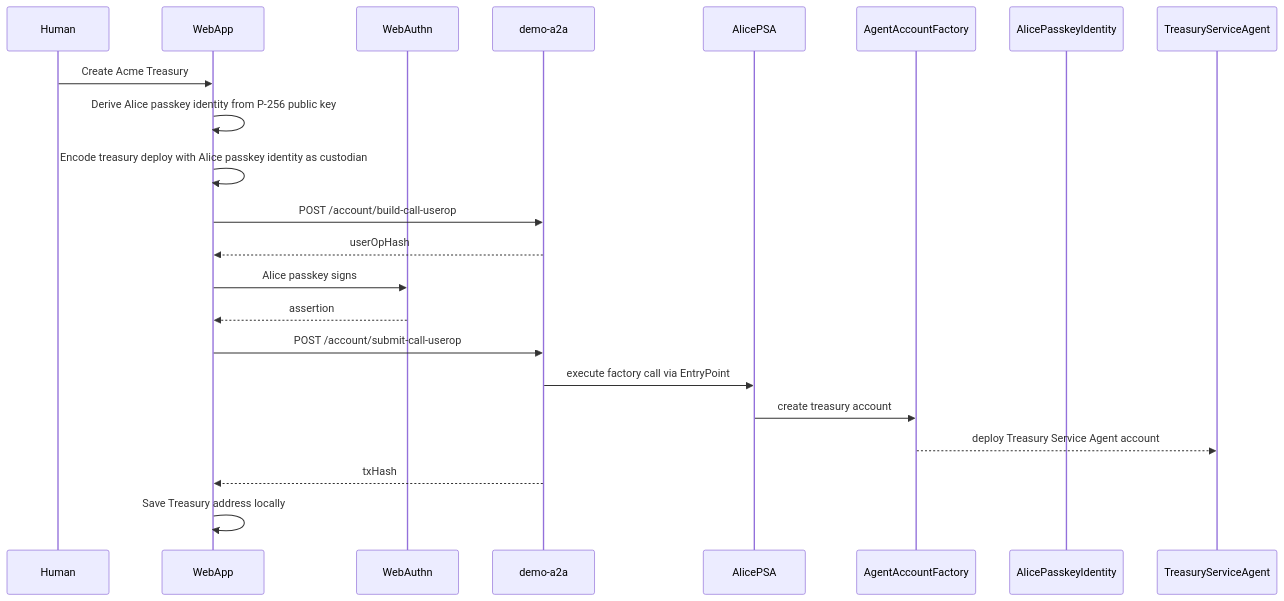
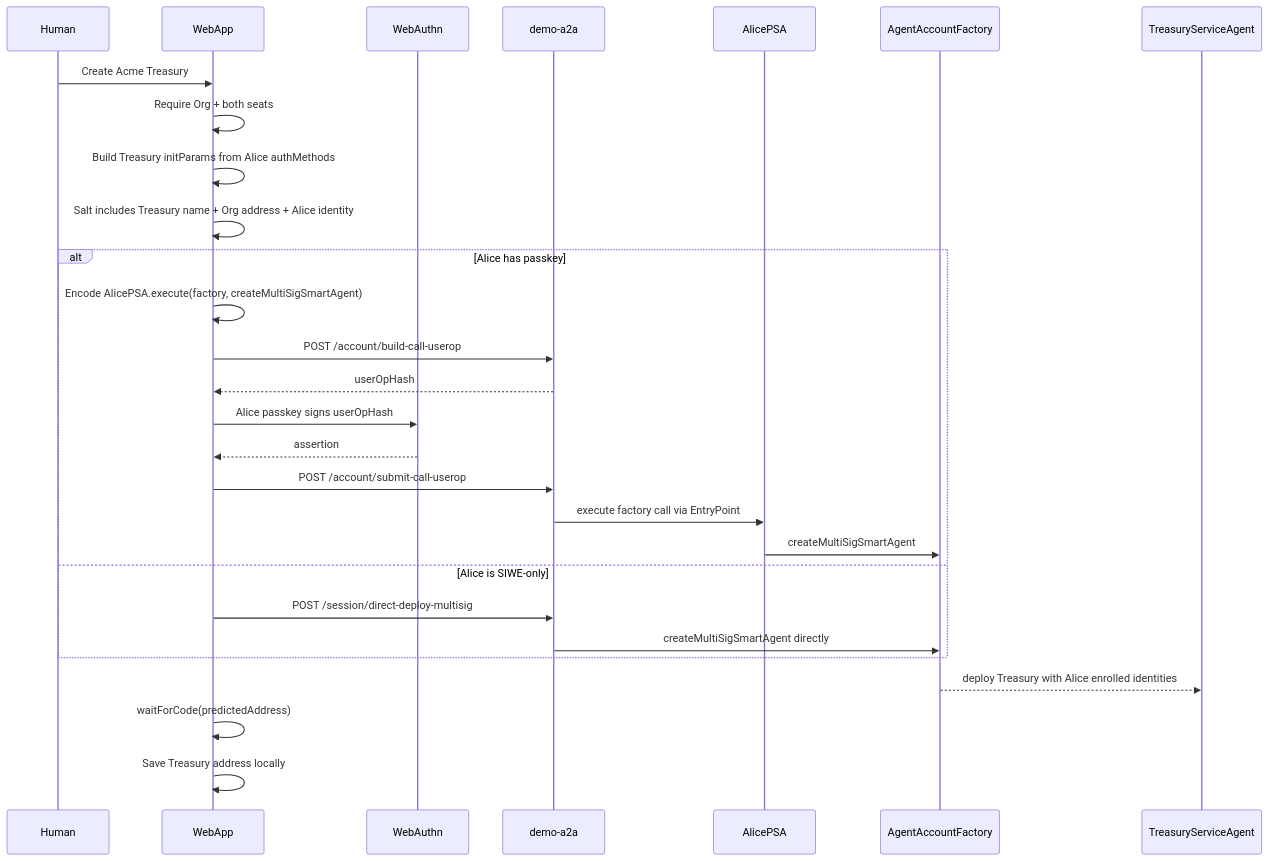
The fourth of 7 diagrams in apps/demo-web-pro/docs/treasury-service-agent/guide.md (rpedersen3/agenticprimitives-6-17-26), drawn with Mermaid before and after one commit. The commit also changed other lines of this file and 8 other files, not shown here.

````diff
--- a/apps/demo-web-pro/docs/treasury-service-agent/guide.md
+++ b/apps/demo-web-pro/docs/treasury-service-agent/guide.md
@@ -308,25 +376,33 @@
 ```mermaid
 sequenceDiagram
   participant Human
   participant WebApp
   participant WebAuthn
   participant A2A as demo-a2a
   participant AlicePSA
   participant Factory as AgentAccountFactory
-  participant AlicePIA as AlicePasskeyIdentity
   participant Treasury as TreasuryServiceAgent
 
   Human->>WebApp: Create Acme Treasury
-  WebApp->>WebApp: Derive Alice passkey identity from P-256 public key
-  WebApp->>WebApp: Encode treasury deploy with Alice passkey identity as custodian
-  WebApp->>A2A: POST /account/build-call-userop
-  A2A-->>WebApp: userOpHash
-  WebApp->>WebAuthn: Alice passkey signs
-  WebAuthn-->>WebApp: assertion
-  WebApp->>A2A: POST /account/submit-call-userop
-  A2A->>AlicePSA: execute factory call via EntryPoint
-  AlicePSA->>Factory: create treasury account
-  Factory-->>Treasury: deploy Treasury Service Agent account
-  A2A-->>WebApp: txHash
+  WebApp->>WebApp: Require Org + both seats
+  WebApp->>WebApp: Build Treasury initParams from Alice authMethods
+  WebApp->>WebApp: Salt includes Treasury name + Org address + Alice identity
+
+  alt Alice has passkey
+    WebApp->>WebApp: Encode AlicePSA.execute(factory, createMultiSigSmartAgent)
+    WebApp->>A2A: POST /account/build-call-userop
+    A2A-->>WebApp: userOpHash
+    WebApp->>WebAuthn: Alice passkey signs userOpHash
+    WebAuthn-->>WebApp: assertion
+    WebApp->>A2A: POST /account/submit-call-userop
+    A2A->>AlicePSA: execute factory call via EntryPoint
+    AlicePSA->>Factory: createMultiSigSmartAgent
+  else Alice is SIWE-only
+    WebApp->>A2A: POST /session/direct-deploy-multisig
+    A2A->>Factory: createMultiSigSmartAgent directly
+  end
+
+  Factory-->>Treasury: deploy Treasury with Alice enrolled identities
+  WebApp->>WebApp: waitForCode(predictedAddress)
   WebApp->>WebApp: Save Treasury address locally
 ```
````
